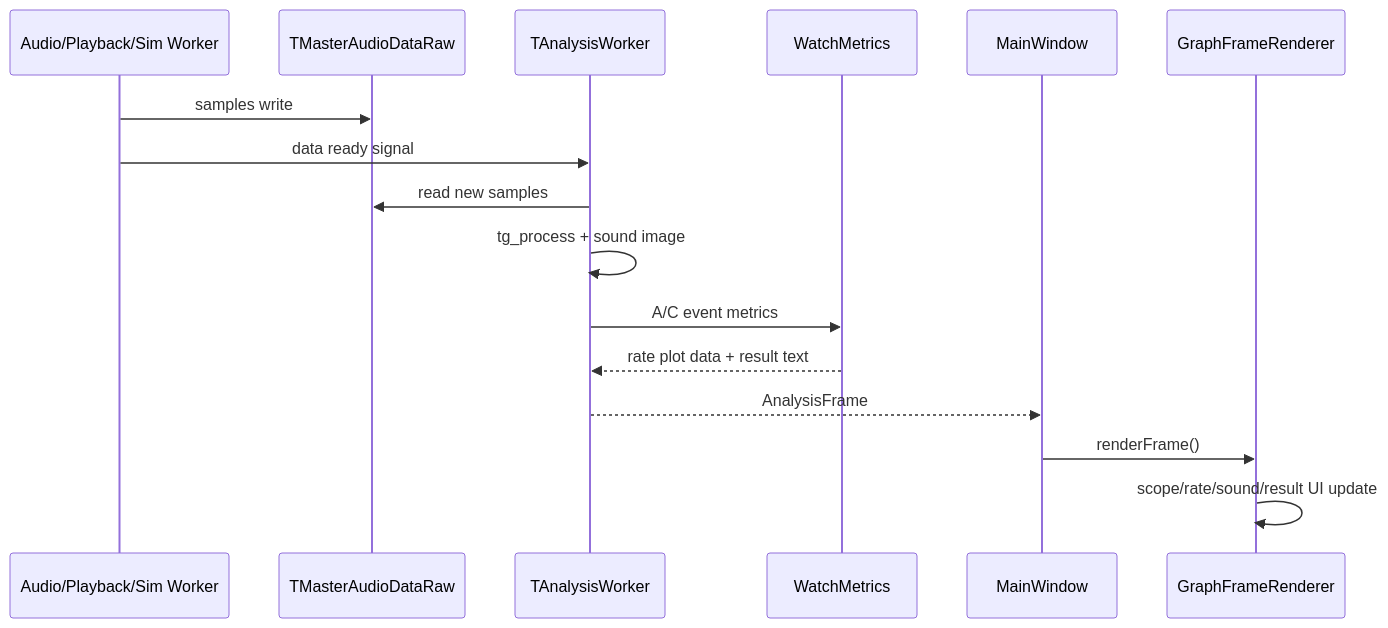
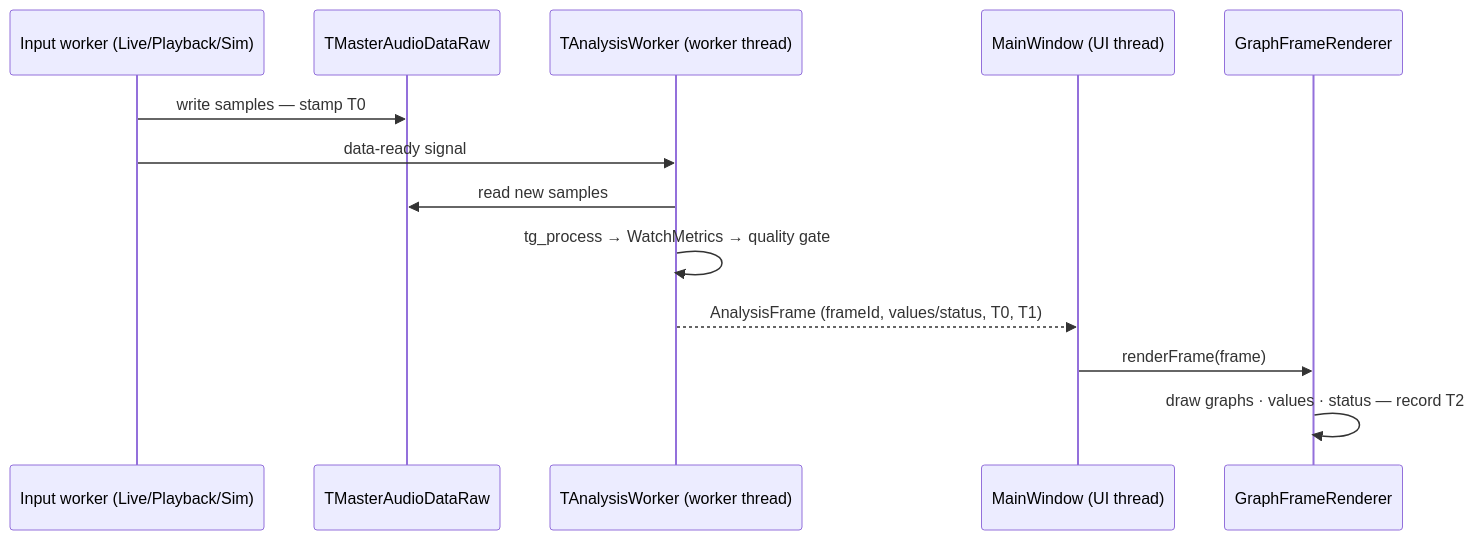
One commit to lgcmu2026-team5/TimeGrapher-Docs changed the second of 4 diagrams in Milestone1/Milestone1_Architectural_Approches.md. Above: the diagram before and after it, drawn with Mermaid. The commit also changed other lines of this file, not shown here.

Commit message:
docs: rewrite Architectural Approaches as forward-looking SAP design decisions (AP-1..7 linked to QAS/C drivers)

````diff
--- a/Milestone1/Milestone1_Architectural_Approches.md
+++ b/Milestone1/Milestone1_Architectural_Approches.md
@@ -81,19 +138,16 @@
 ```mermaid
 sequenceDiagram
-    participant Input as Audio/Playback/Sim Worker
+    participant Input as Input worker (Live/Playback/Sim)
     participant Buffer as TMasterAudioDataRaw
-    participant Analysis as TAnalysisWorker
-    participant Metrics as WatchMetrics
-    participant Main as MainWindow
+    participant Analysis as TAnalysisWorker (worker thread)
+    participant Main as MainWindow (UI thread)
     participant Graph as GraphFrameRenderer
 
-    Input->>Buffer: samples write
-    Input->>Analysis: data ready signal
+    Input->>Buffer: write samples — stamp T0
+    Input->>Analysis: data-ready signal
     Analysis->>Buffer: read new samples
-    Analysis->>Analysis: tg_process + sound image
-    Analysis->>Metrics: A/C event metrics
-    Metrics-->>Analysis: rate plot data + result text
-    Analysis-->>Main: AnalysisFrame
-    Main->>Graph: renderFrame()
-    Graph->>Graph: scope/rate/sound/result UI update
+    Analysis->>Analysis: tg_process → WatchMetrics → quality gate
+    Analysis-->>Main: AnalysisFrame (frameId, values/status, T0, T1)
+    Main->>Graph: renderFrame(frame)
+    Graph->>Graph: draw graphs · values · status — record T2
 ```
````
